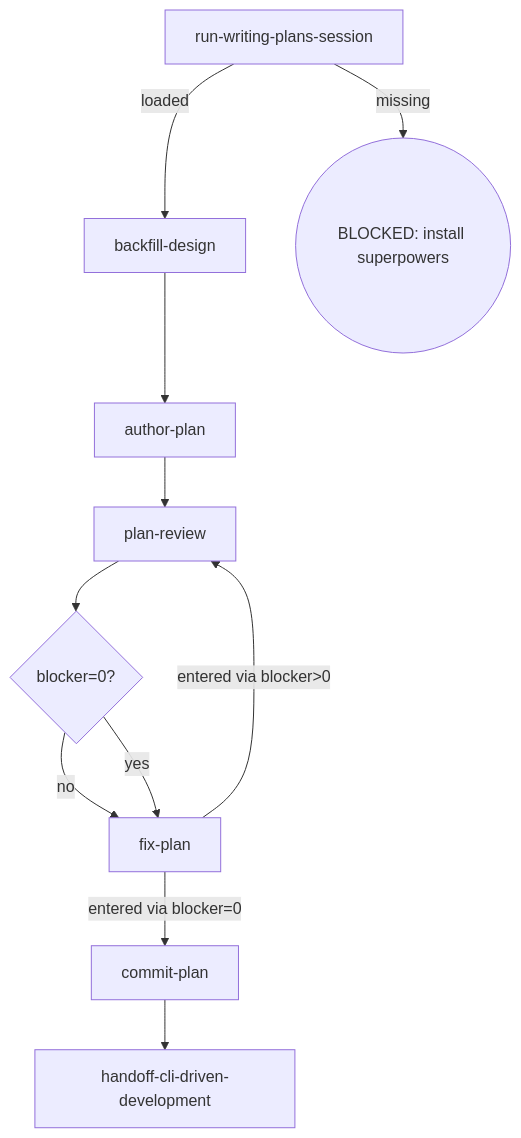
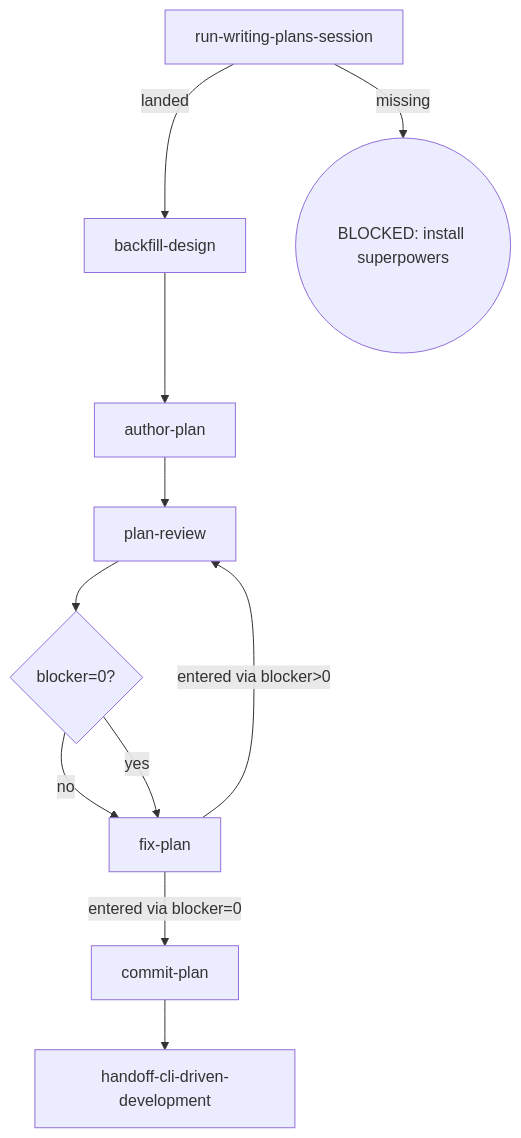
Before and after one commit to Oscaner/skills: the diagram in packages/osuperpowers/skills/writing-plans/SKILL.md, drawn with Mermaid. The commit also changed 5 other files, not shown here.

````diff
--- a/packages/osuperpowers/skills/writing-plans/SKILL.md
+++ b/packages/osuperpowers/skills/writing-plans/SKILL.md
@@ -12,13 +12,13 @@
 ```mermaid
 flowchart TD
-  A[run-writing-plans-session] -->|loaded| B[backfill-design]
+  A[run-writing-plans-session] -->|landed| B[backfill-design]
   A -->|missing| Z1((BLOCKED: install superpowers))
   B --> C[author-plan]
   C --> D[plan-review]
   D --> E{blocker=0?}
   E -->|no| F[fix-plan]
   E -->|yes| F
   F -->|entered via blocker>0| D
   F -->|entered via blocker=0| H[commit-plan]
   H --> I[handoff-cli-driven-development]
 ```
````
